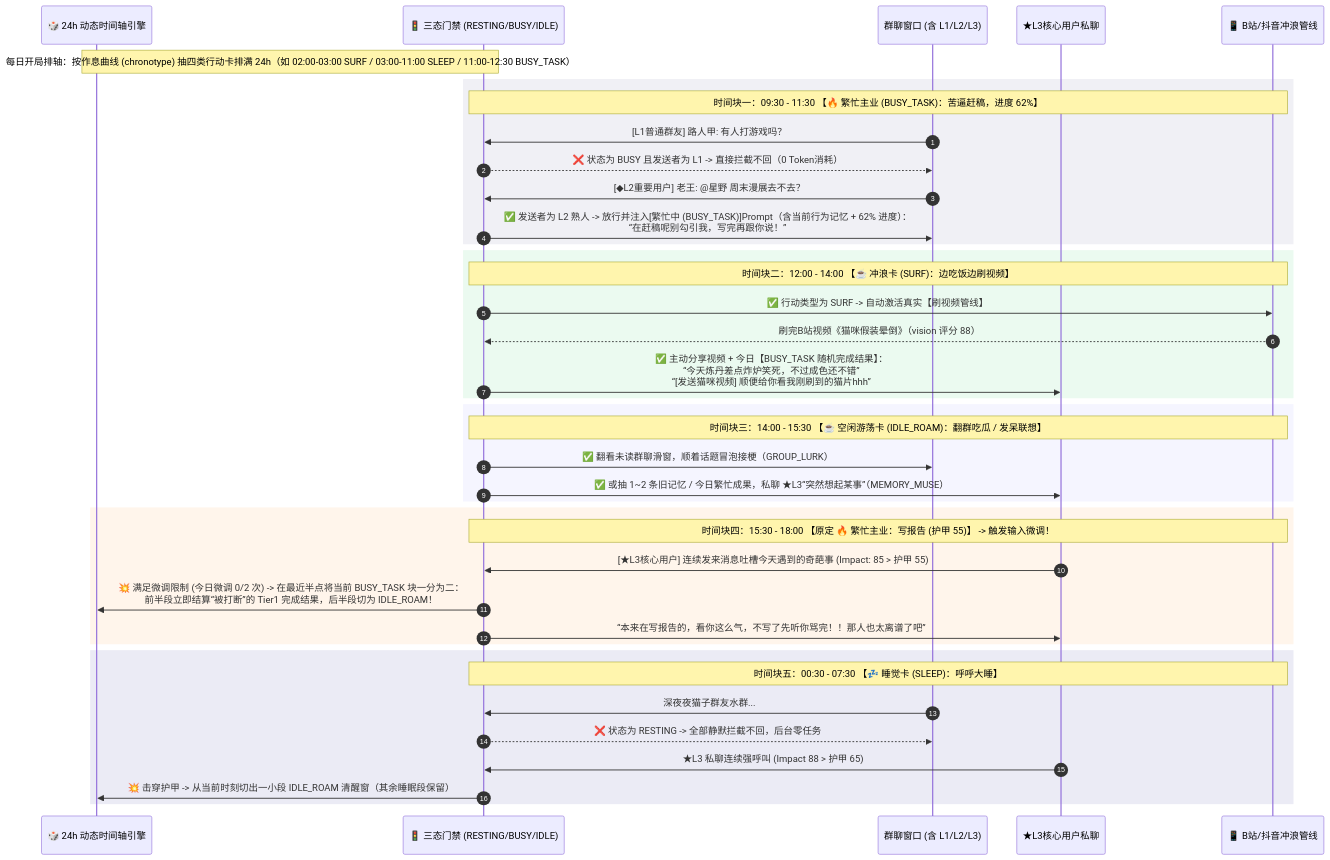
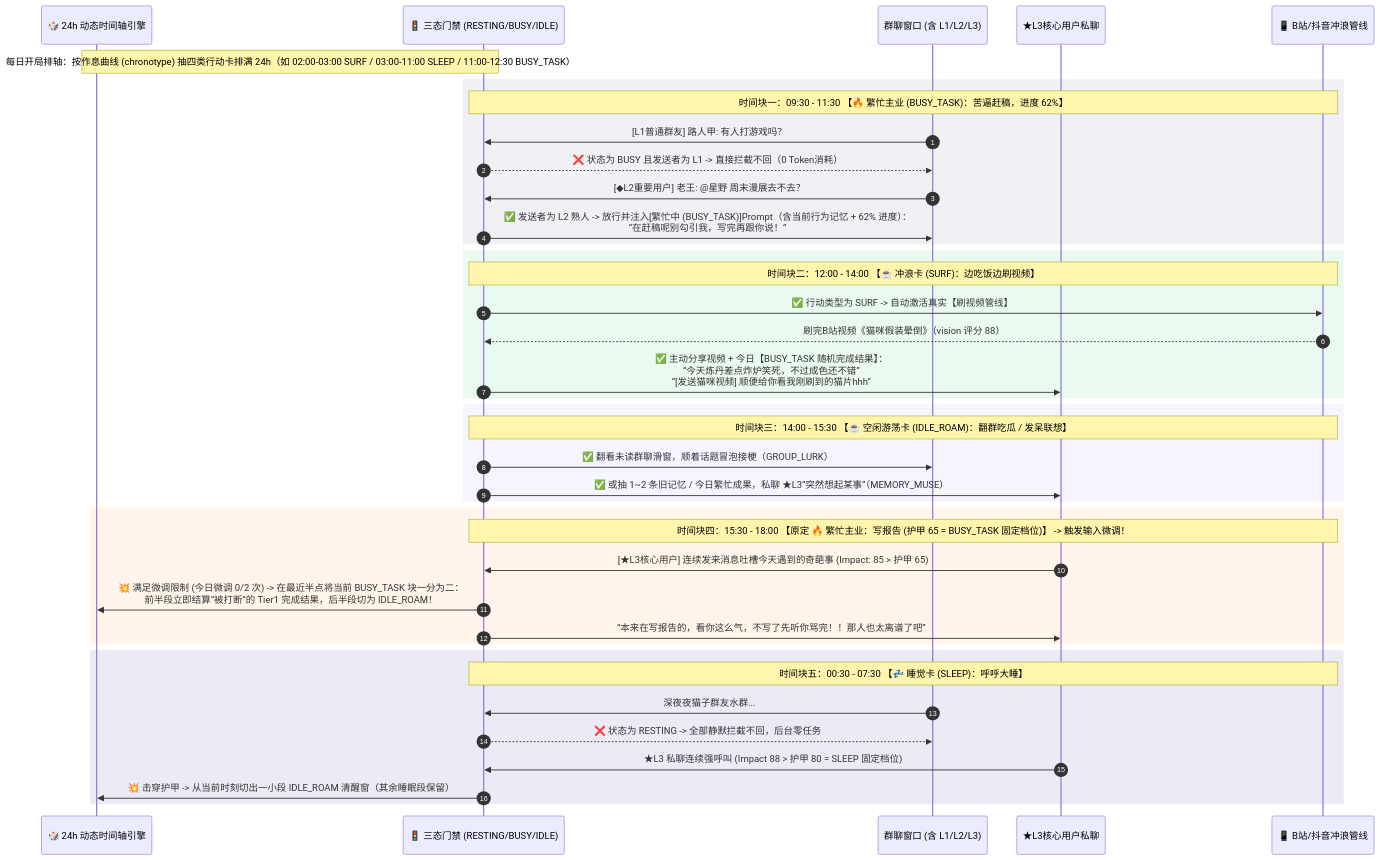
One commit to hidge123/astrbot_plugin_only_you changed the first of 2 diagrams in docs/PROMPTS_AND_FLOWS.md. Above: the diagram before and after it, drawn with Mermaid. The commit also changed other lines of this file and 44 other files, not shown here.

````diff
--- a/docs/PROMPTS_AND_FLOWS.md
+++ b/docs/PROMPTS_AND_FLOWS.md
@@ -281,47 +315,47 @@
 ```mermaid
 sequenceDiagram
     autonumber
     participant Deck as 🎲 24h 动态时间轴引擎
     participant Gate as 🚦 三态门禁 (RESTING/BUSY/IDLE)
     participant Group as 群聊窗口 (含 L1/L2/L3)
     participant Private as ★L3核心用户私聊
     participant Surfer as 📱 B站/抖音冲浪管线
 
     Note over Deck,Gate: 每日开局排轴：按作息曲线 (chronotype) 抽四类行动卡排满 24h（如 02:00-03:00 SURF / 03:00-11:00 SLEEP / 11:00-12:30 BUSY_TASK）
 
     rect rgb(240, 240, 245)
     Note over Gate,Surfer: 时间块一：09:30 - 11:30 【🔥 繁忙主业 (BUSY_TASK)：苦逼赶稿，进度 62%】
     Group->>Gate: [L1普通群友] 路人甲: 有人打游戏吗？
     Gate-->>Group: ❌ 状态为 BUSY 且发送者为 L1 -> 直接拦截不回（0 Token消耗）
     Group->>Gate: [◆L2重要用户] 老王: @星野 周末漫展去不去？
     Gate->>Group: ✅ 发送者为 L2 熟人 -> 放行并注入[繁忙中 (BUSY_TASK)]Prompt（含当前行为记忆 + 62% 进度）：<br/>“在赶稿呢别勾引我，写完再跟你说！”
     end
 
     rect rgb(235, 250, 240)
     Note over Gate,Surfer: 时间块二：12:00 - 14:00 【☕ 冲浪卡 (SURF)：边吃饭边刷视频】
     Gate->>Surfer: ✅ 行动类型为 SURF -> 自动激活真实【刷视频管线】
     Surfer-->>Gate: 刷完B站视频《猫咪假装晕倒》（vision 评分 88）
     Gate->>Private: ✅ 主动分享视频 + 今日【BUSY_TASK 随机完成结果】：<br/>“今天炼丹差点炸炉笑死，不过成色还不错”<br/>“[发送猫咪视频] 顺便给你看我刚刷到的猫片hhh”
     end
 
     rect rgb(245, 245, 255)
     Note over Gate,Surfer: 时间块三：14:00 - 15:30 【☕ 空闲游荡卡 (IDLE_ROAM)：翻群吃瓜 / 发呆联想】
     Gate->>Group: ✅ 翻看未读群聊滑窗，顺着话题冒泡接梗（GROUP_LURK）
     Gate->>Private: ✅ 或抽 1~2 条旧记忆 / 今日繁忙成果，私聊 ★L3“突然想起某事”（MEMORY_MUSE）
     end
 
     rect rgb(255, 245, 235)
-    Note over Gate,Surfer: 时间块四：15:30 - 18:00 【原定 🔥 繁忙主业：写报告 (护甲 55)】 -> 触发输入微调！
-    Private->>Gate: [★L3核心用户] 连续发来消息吐槽今天遇到的奇葩事 (Impact: 85 > 护甲 55)
+    Note over Gate,Surfer: 时间块四：15:30 - 18:00 【原定 🔥 繁忙主业：写报告 (护甲 65 = BUSY_TASK 固定档位)】 -> 触发输入微调！
+    Private->>Gate: [★L3核心用户] 连续发来消息吐槽今天遇到的奇葩事 (Impact: 85 > 护甲 65)
     Gate->>Deck: 💥 满足微调限制 (今日微调 0/2 次) -> 在最近半点将当前 BUSY_TASK 块一分为二：<br/>前半段立即结算“被打断”的 Tier1 完成结果，后半段切为 IDLE_ROAM！
     Gate->>Private: “本来在写报告的，看你这么气，不写了先听你骂完！！那人也太离谱了吧”
     end
 
     rect rgb(235, 235, 245)
     Note over Gate,Surfer: 时间块五：00:30 - 07:30 【💤 睡觉卡 (SLEEP)：呼呼大睡】
     Group->>Gate: 深夜夜猫子群友水群...
     Gate-->>Group: ❌ 状态为 RESTING -> 全部静默拦截不回，后台零任务
-    Private->>Gate: ★L3 私聊连续强呼叫 (Impact 88 > 护甲 65)
+    Private->>Gate: ★L3 私聊连续强呼叫 (Impact 88 > 护甲 80 = SLEEP 固定档位)
     Gate->>Deck: 💥 击穿护甲 -> 从当前时刻切出一小段 IDLE_ROAM 清醒窗（其余睡眠段保留）
     end
 ```
````
